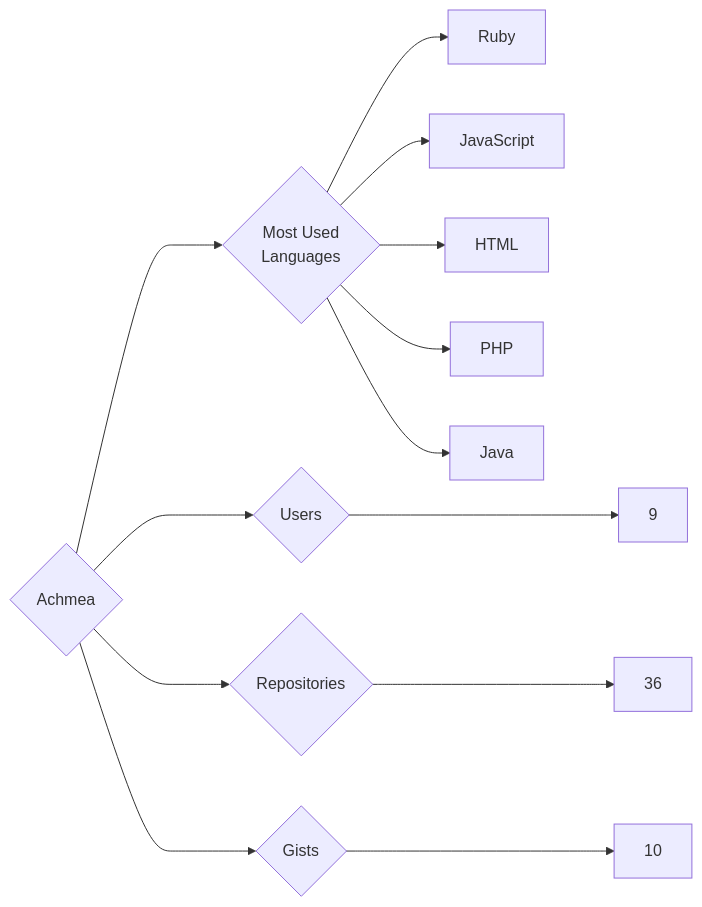
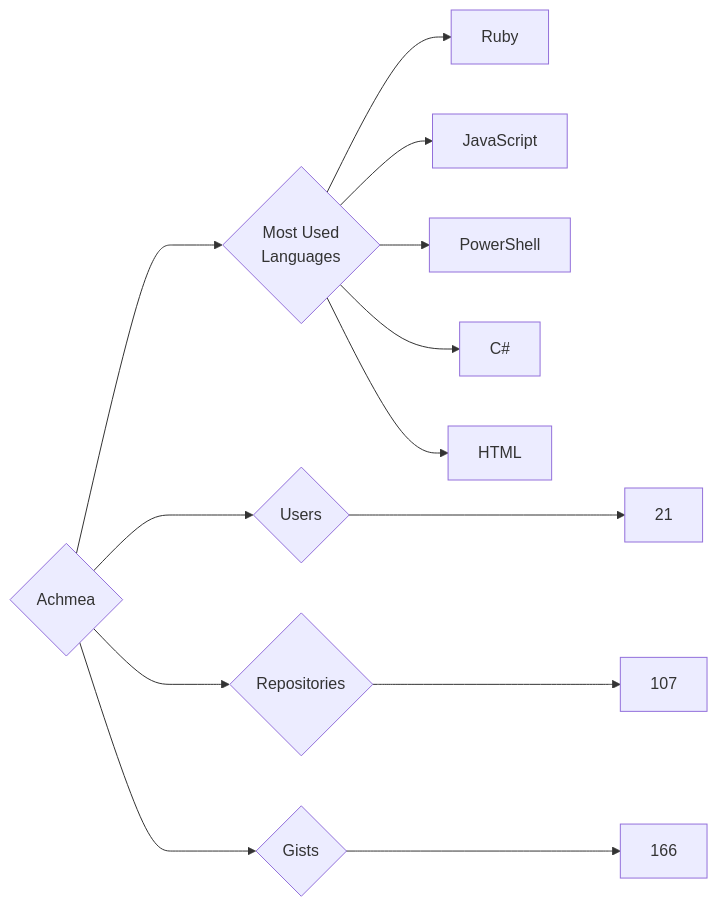
The diagram in targets/Achmea/README.md (trickest/insiders), drawn with Mermaid before and after one commit. The commit also changed 888 other files, not shown here.

````diff
--- a/targets/Achmea/README.md
+++ b/targets/Achmea/README.md
@@ -3,13 +3,13 @@
 ```mermaid
 graph LR
 COMPANY_NAME{Achmea}
-COMPANY_NAME ---> U{Users} ---> UN[9]
-COMPANY_NAME ---> R{Repositories} ---> RN[36]
-COMPANY_NAME ---> G{Gists} ---> GN[10]
+COMPANY_NAME ---> U{Users} ---> UN[21]
+COMPANY_NAME ---> R{Repositories} ---> RN[107]
+COMPANY_NAME ---> G{Gists} ---> GN[166]
 COMPANY_NAME ---> ML{Most Used<br>Languages}
 ML --> Ruby[Ruby]
 ML --> JavaScript[JavaScript]
+ML --> PowerShell[PowerShell]
+ML --> C#[C#]
 ML --> HTML[HTML]
-ML --> PHP[PHP]
-ML --> Java[Java]
 ```
````
